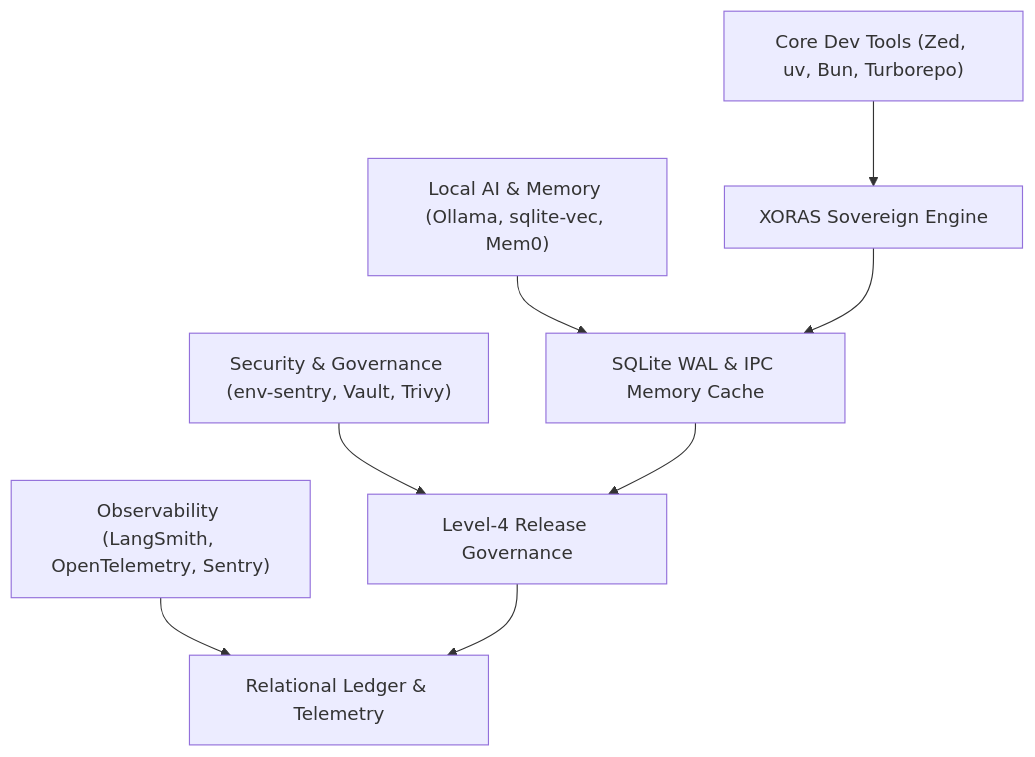
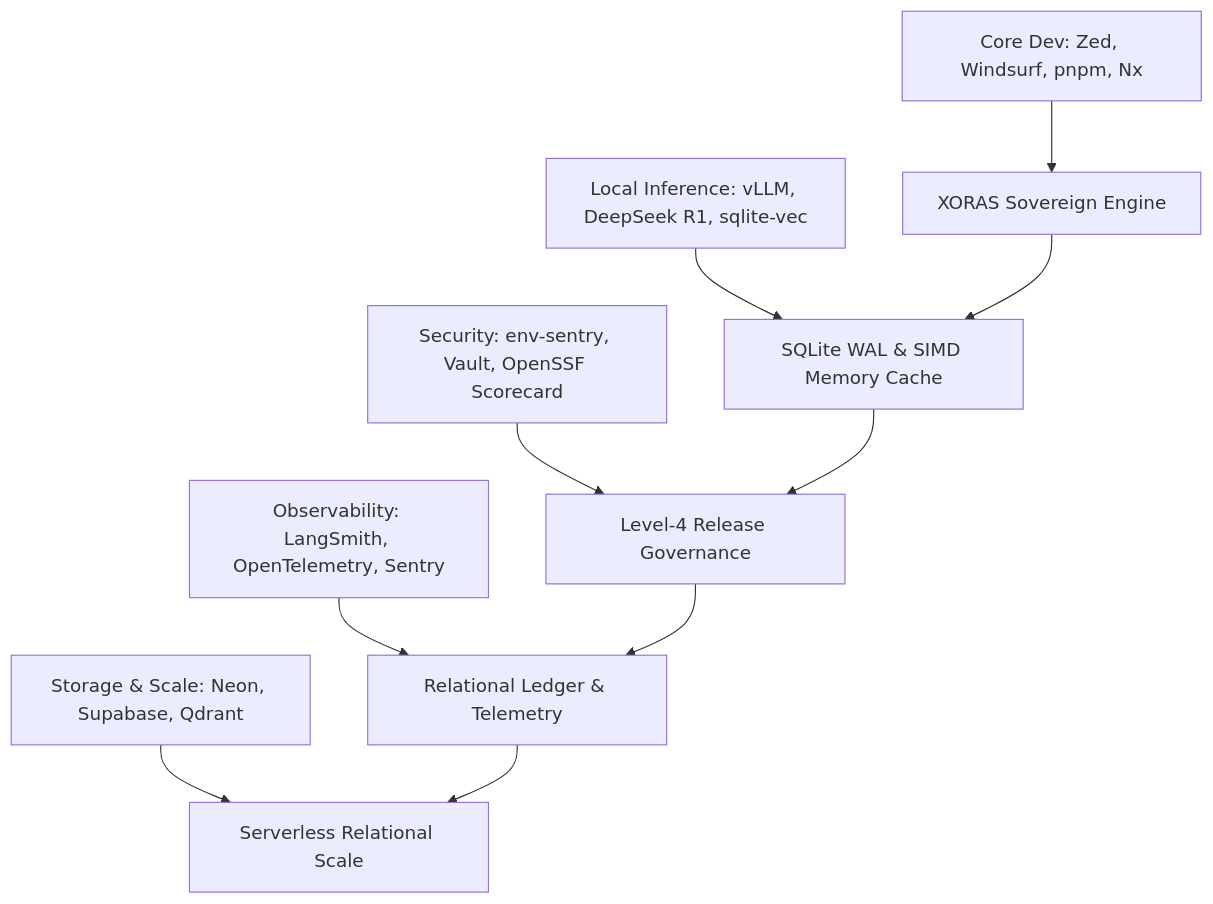
One commit to aoxendine3/xoras changed the first of 3 diagrams in research/2026_ECOSYSTEM_MATRIX.md. Above: the diagram before and after it, drawn with Mermaid. The commit also changed other lines of this file, not shown here.

Commit message:
docs(research): expand 2026 developer and AI ecosystem matrix incorporating comprehensive reference table and new assets including Ghostty, Neon, Supabase, DeepSeek R1, Qwen 3, SEA-LION, and OpenSSF Scorecard

````diff
--- a/research/2026_ECOSYSTEM_MATRIX.md
+++ b/research/2026_ECOSYSTEM_MATRIX.md
@@ -5,10 +5,12 @@
 ```mermaid
 graph TD
-    SubGraph1["Core Dev Tools (Zed, uv, Bun, Turborepo)"] --> Core["XORAS Sovereign Engine"]
-    SubGraph2["Local AI & Memory (Ollama, sqlite-vec, Mem0)"] --> Cache["SQLite WAL & IPC Memory Cache"]
-    SubGraph3["Security & Governance (env-sentry, Vault, Trivy)"] --> Gov["Level-4 Release Governance"]
-    SubGraph4["Observability (LangSmith, OpenTelemetry, Sentry)"] --> Telemetry["Relational Ledger & Telemetry"]
+    SubGraph1["Core Dev: Zed, Windsurf, pnpm, Nx"] --> Core["XORAS Sovereign Engine"]
+    SubGraph2["Local Inference: vLLM, DeepSeek R1, sqlite-vec"] --> Cache["SQLite WAL & SIMD Memory Cache"]
+    SubGraph3["Security: env-sentry, Vault, OpenSSF Scorecard"] --> Gov["Level-4 Release Governance"]
+    SubGraph4["Observability: LangSmith, OpenTelemetry, Sentry"] --> Telemetry["Relational Ledger & Telemetry"]
+    SubGraph5["Storage & Scale: Neon, Supabase, Qdrant"] --> Cloud["Serverless Relational Scale"]
     Core --> Cache
     Cache --> Gov
     Gov --> Telemetry
+    Telemetry --> Cloud
 ```
````
